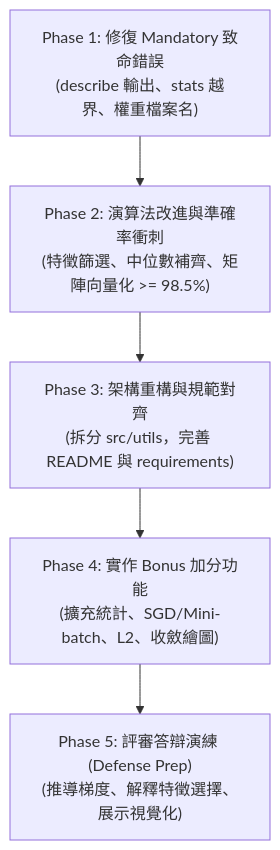
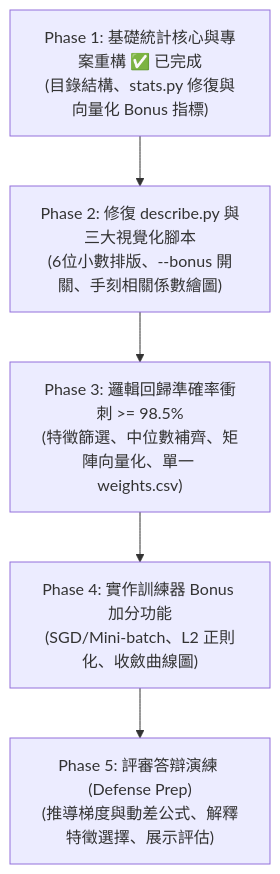
The first of 2 diagrams in docs/TODO.md (GauChau/dslr), drawn with Mermaid before and after one commit. The commit also changed other lines of this file and 2 other files, not shown here.

Commit message:
Updated README and stats.py

````diff
--- a/docs/TODO.md
+++ b/docs/TODO.md
@@ -310,7 +279,7 @@
 ```mermaid
 flowchart TD
-    A["Phase 1: 修復 Mandatory 致命錯誤<br>(describe 輸出、stats 越界、權重檔案名)"] --> B["Phase 2: 演算法改進與準確率衝刺<br>(特徵篩選、中位數補齊、矩陣向量化 >= 98.5%)"]
-    B --> C["Phase 3: 架構重構與規範對齊<br>(拆分 src/utils，完善 README 與 requirements)"]
-    C --> D["Phase 4: 實作 Bonus 加分功能<br>(擴充統計、SGD/Mini-batch、L2、收斂繪圖)"]
-    D --> E["Phase 5: 評審答辯演練 (Defense Prep)<br>(推導梯度、解釋特徵選擇、展示視覺化)"]
+    A["Phase 1: 基礎統計核心與專案重構 ✅ 已完成<br>(目錄結構、stats.py 修復與向量化 Bonus 指標)"] --> B["Phase 2: 修復 describe.py 與三大視覺化腳本<br>(6位小數排版、--bonus 開關、手刻相關係數繪圖)"]
+    B --> C["Phase 3: 邏輯回歸準確率衝刺 >= 98.5%<br>(特徵篩選、中位數補齊、矩陣向量化、單一 weights.csv)"]
+    C --> D["Phase 4: 實作訓練器 Bonus 加分功能<br>(SGD/Mini-batch、L2 正則化、收斂曲線圖)"]
+    D --> E["Phase 5: 評審答辯演練 (Defense Prep)<br>(推導梯度與動差公式、解釋特徵選擇、展示評估)"]
 ```
````
